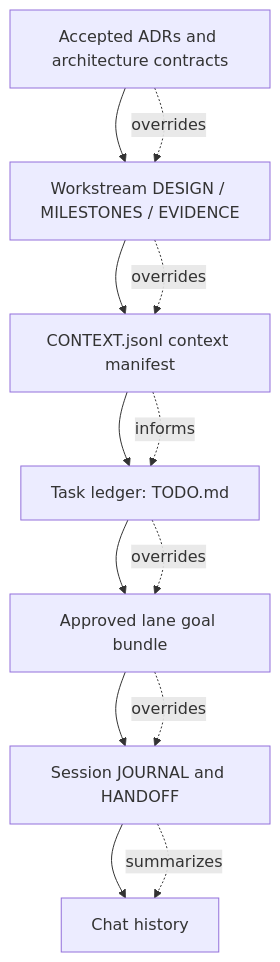
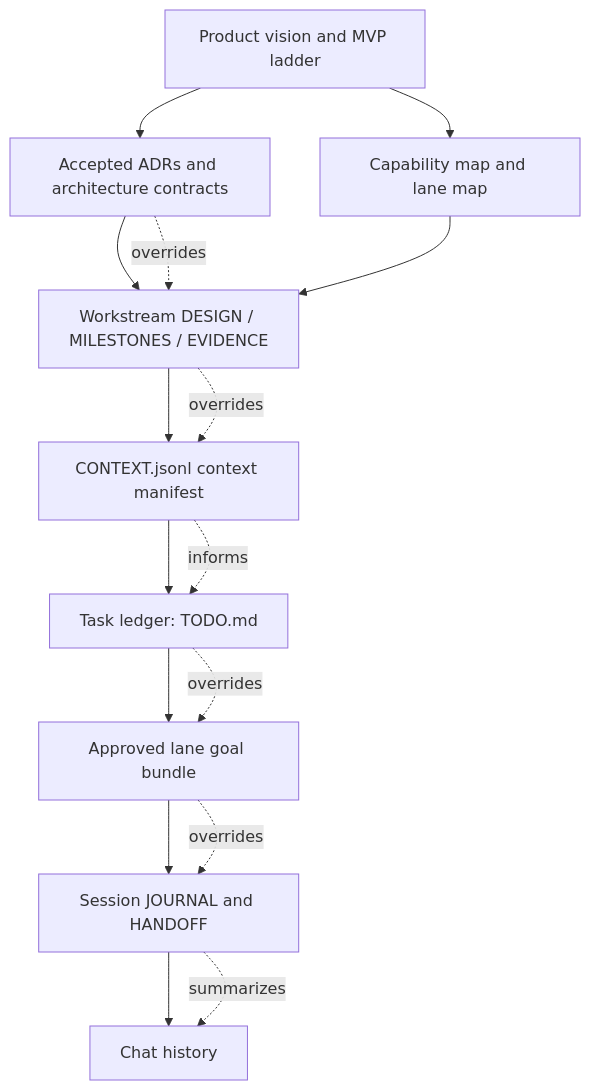
The second of 3 diagrams in docs/workflow.md (Latias94/dev-skills), drawn with Mermaid before and after one commit. The commit also changed other lines of this file and 26 other files, not shown here.

````diff
--- a/docs/workflow.md
+++ b/docs/workflow.md
@@ -83,16 +86,19 @@
 ```mermaid
 flowchart TD
-  ADR[Accepted ADRs and architecture contracts] --> Design[Workstream DESIGN / MILESTONES / EVIDENCE]
+  Product[Product vision and MVP ladder] --> ADR[Accepted ADRs and architecture contracts]
+  Product --> Capability[Capability map and lane map]
+  ADR --> Design[Workstream DESIGN / MILESTONES / EVIDENCE]
+  Capability --> Design
   Design --> Context[CONTEXT.jsonl context manifest]
   Context --> Ledger[Task ledger: TODO.md]
   Ledger --> Bundle[Approved lane goal bundle]
   Bundle --> Journal[Session JOURNAL and HANDOFF]
   Journal --> Chat[Chat history]
 
   ADR -. overrides .-> Design
   Design -. overrides .-> Context
   Context -. informs .-> Ledger
   Ledger -. overrides .-> Bundle
   Bundle -. overrides .-> Journal
   Journal -. summarizes .-> Chat
 ```
````
